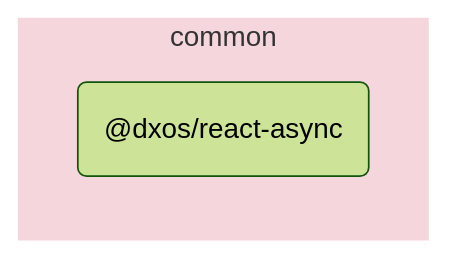
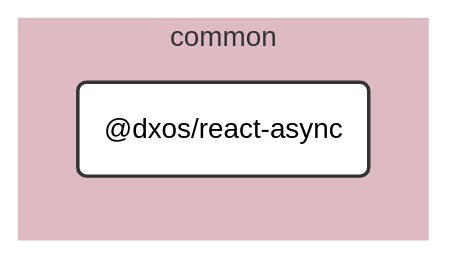
Before and after one commit to dxos/dxos: the diagram in packages/common/react-async/docs/README.md, drawn with Mermaid (forest theme). The commit also changed other lines of this file and 109 other files, not shown here.

````diff
--- a/packages/common/react-async/docs/README.md
+++ b/packages/common/react-async/docs/README.md
@@ -5,9 +7,25 @@
 ```mermaid
-flowchart LR;
+%%{ init: {'flowchart':{'curve':'basis'}} }%%
 
+flowchart LR
+
+%% Links
+
+%% Sections
 subgraph common
-  style common fill:#f5d6dd,stroke:#fff;
-  dxos/react-async("@dxos/react-async");
+  style common fill:#debac2,stroke:#fff;
+
+  dxos/react-async("@dxos/react-async")
 end
 
+
+%% Hyperlinks
+
+%% Styles
+classDef rootNode fill:#fff,stroke:#333,stroke-width:2px
+classDef defaultNode fill:#fff,stroke:#333,stroke-width:1px
+linkStyle default stroke:#333,stroke-width:1px
+
+dxos/react-async:::rootNode
+
 ```
````
